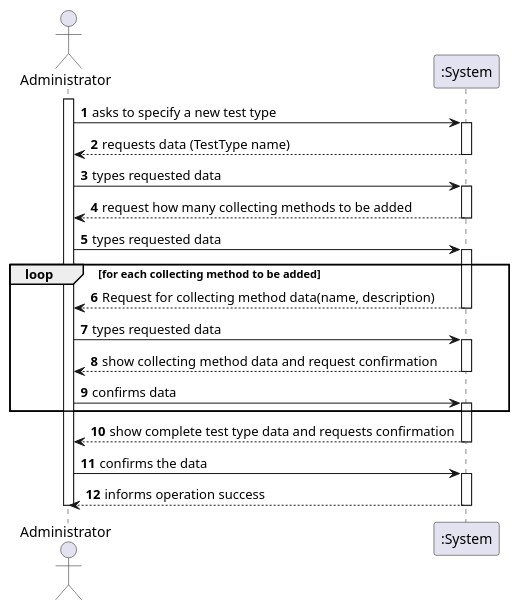
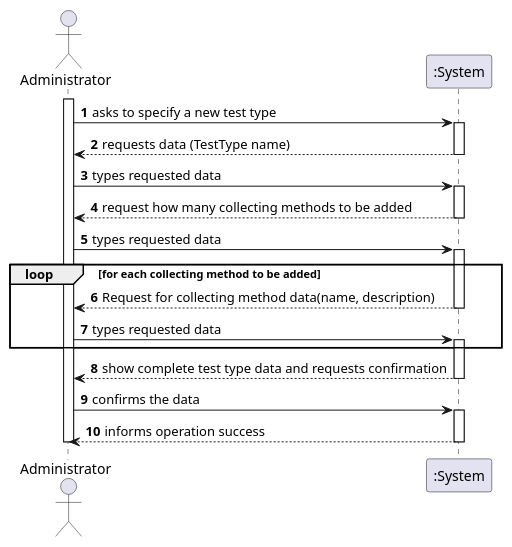
The diagram in docs/SprintB/US_9/US9_SSD.puml (ana-albergaria/LAPR2-ISEP), drawn with PlantUML before and after one commit. The commit also changed 2 other files, not shown here.

```diff
--- a/docs/SprintB/US_9/US9_SSD.puml
+++ b/docs/SprintB/US_9/US9_SSD.puml
@@ -1,37 +1,37 @@
 @startuml
 autonumber
 actor Administrator as A
 
 activate A
 A -> ":System" : asks to specify a new test type
 activate ":System"
 ":System" --> A : requests data (TestType name)
 deactivate ":System"
 A -> ":System" : types requested data
 activate ":System"
 ":System" --> A : request how many collecting methods to be added
 deactivate ":System"
 A -> ":System" : types requested data
 activate ":System"
 
 loop for each collecting method to be added
 ":System" --> A : Request for collecting method data(name, description)
 deactivate ":System"
 A -> ":System" : types requested data
 activate ":System"
-":System" --> A : show collecting method data and request confirmation
+/'":System" --> A : show collecting method data and request confirmation
 deactivate ":System"
 A -> ":System" : confirms data
-activate ":System"
+activate ":System"'/
 end
 
 ":System" --> A : show complete test type data and requests confirmation
 deactivate ":System"
 A -> ":System" : confirms the data
 activate ":System"
 ":System" --> A : informs operation success
 deactivate ":System"
 
 deactivate A
 
 @enduml
```
